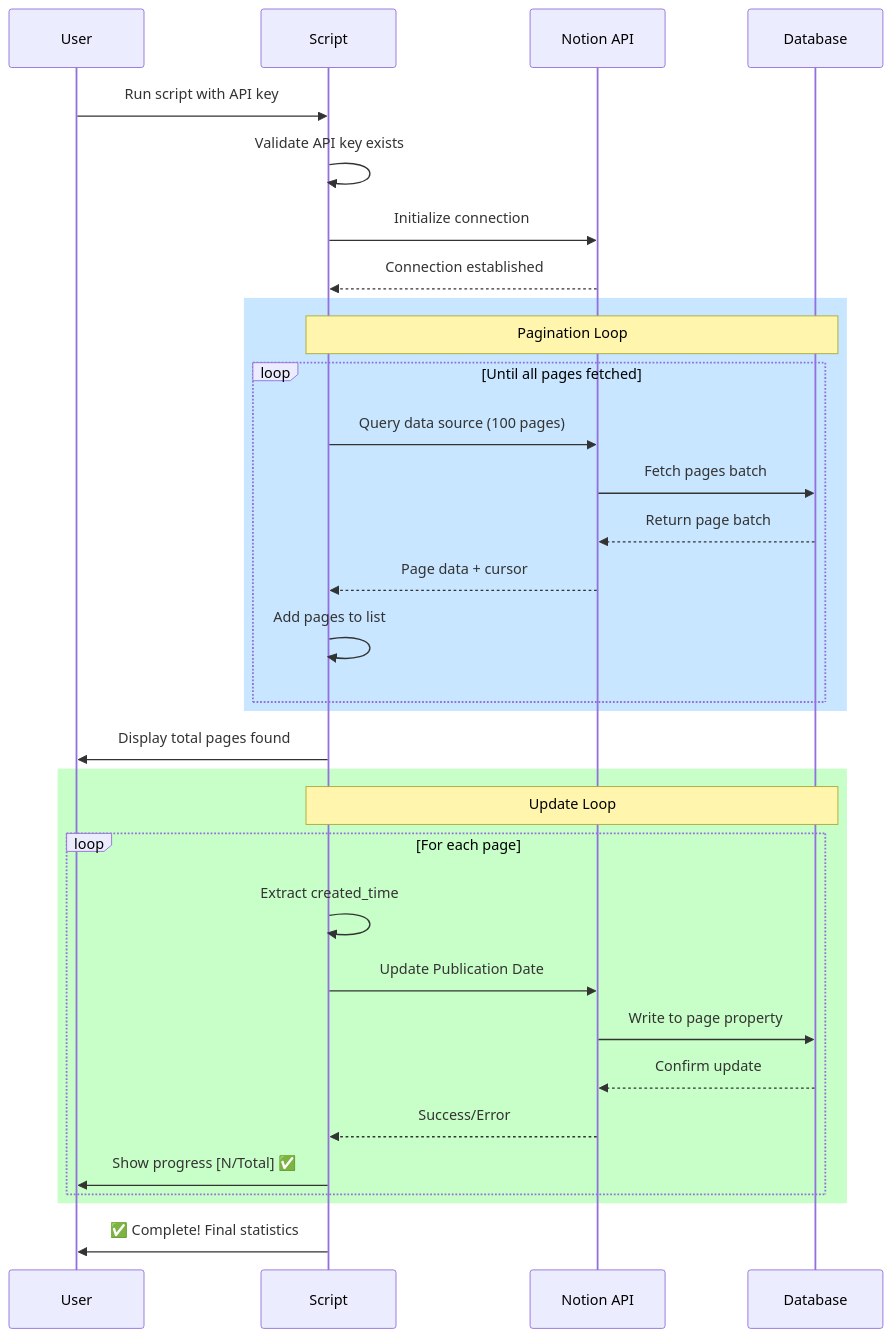
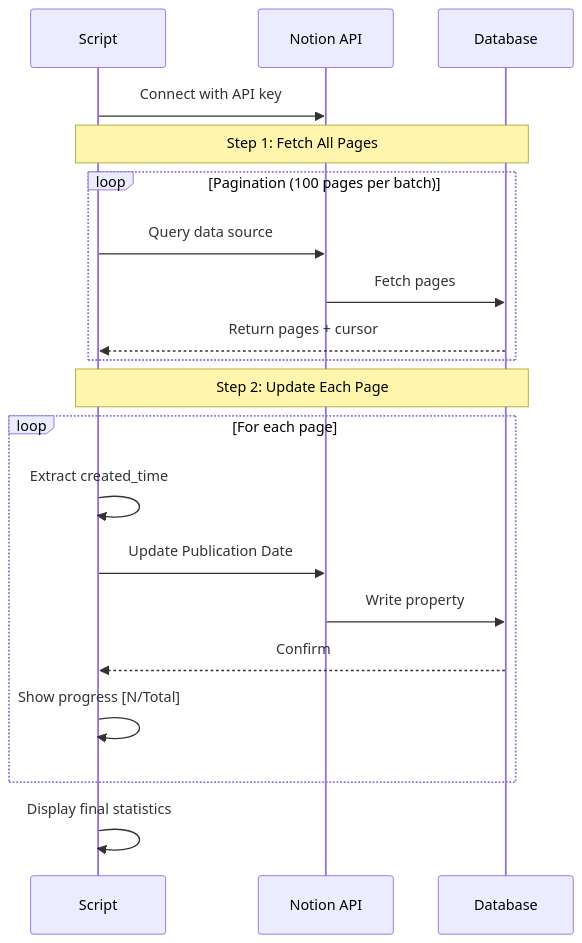
The second of 2 diagrams in README.md (asamountain/NotionPreservingOriginalDatesJournalDB), drawn with Mermaid before and after one commit. The commit also changed other lines of this file, not shown here.

Commit message:
Simplify diagrams: remove background colors and focus on core workflow

````diff
--- a/README.md
+++ b/README.md
@@ -61,40 +28,26 @@
 ```mermaid
 sequenceDiagram
-    participant User
     participant Script
     participant Notion API
     participant Database
     
-    User->>Script: Run script with API key
-    Script->>Script: Validate API key exists
+    Script->>Notion API: Connect with API key
     
-    Script->>Notion API: Initialize connection
-    Notion API-->>Script: Connection established
-    
-    rect rgb(200, 230, 255)
-        Note over Script,Database: Pagination Loop
-        loop Until all pages fetched
-            Script->>Notion API: Query data source (100 pages)
-            Notion API->>Database: Fetch pages batch
-            Database-->>Notion API: Return page batch
-            Notion API-->>Script: Page data + cursor
-            Script->>Script: Add pages to list
-        end
+    Note over Script,Database: Step 1: Fetch All Pages
+    loop Pagination (100 pages per batch)
+        Script->>Notion API: Query data source
+        Notion API->>Database: Fetch pages
+        Database-->>Script: Return pages + cursor
     end
     
-    Script->>User: Display total pages found
-    
-    rect rgb(200, 255, 200)
-        Note over Script,Database: Update Loop
-        loop For each page
-            Script->>Script: Extract created_time
-            Script->>Notion API: Update Publication Date
-            Notion API->>Database: Write to page property
-            Database-->>Notion API: Confirm update
-            Notion API-->>Script: Success/Error
-            Script->>User: Show progress [N/Total] ✅
-        end
+    Note over Script,Database: Step 2: Update Each Page
+    loop For each page
+        Script->>Script: Extract created_time
+        Script->>Notion API: Update Publication Date
+        Notion API->>Database: Write property
+        Database-->>Script: Confirm
+        Script->>Script: Show progress [N/Total]
     end
     
-    Script->>User: ✅ Complete! Final statistics
+    Script->>Script: Display final statistics
 ```
````
